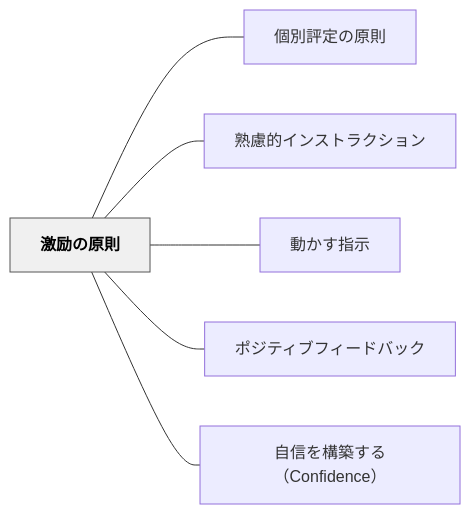
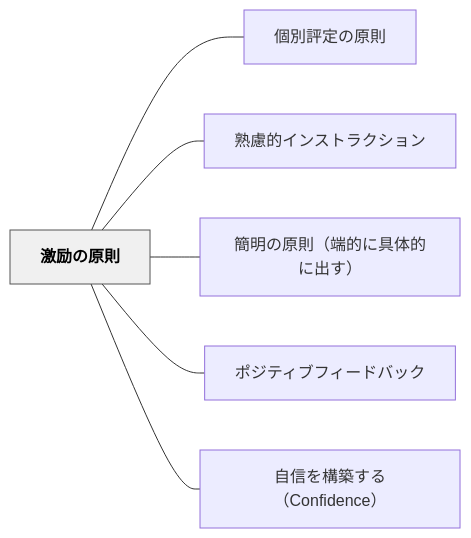
One commit to unknownthings-ed-patterns/unknownthings-ed-patterns changed the diagram in content/パタン/激励の原則.md. Above: the diagram before and after it, drawn with Mermaid. The commit also changed other lines of this file and 41 other files, not shown here.

````diff
--- a/content/パタン/激励の原則.md
+++ b/content/パタン/激励の原則.md
@@ -37,18 +37,18 @@
 ```mermaid
 flowchart LR
     ne6bf80e58ab1e381aee58e9fe58987["激励の原則"]
     ne5808be588a5e8a995e5ae9ae381aee58e9fe58987["個別評定の原則"]
     ne7869fe685aee79a84e382a4e383b3e382b9e38388e383a9e382afe382b7e383a7e383b3["熟慮的インストラクション"]
-    ne58b95e3818be38199e68c87e7a4ba["動かす指示"]
+    ne7b0a1e6988ee381aee58e9fe58987efbc88e7abafe79a84e381abe585b7e4bd93e79a84e381abe587bae38199efbc89["簡明の原則（端的に具体的に出す）"]
     ne3839de382b8e38386e382a3e38396e38395e382a3e383bce38389e38390e38383e382af["ポジティブフィードバック"]
     ne887aae4bfa1e38292e6a78be7af89e38199e3828befbc88436f6e666964656e6365efbc89["自信を構築する（Confidence）"]
 
     ne6bf80e58ab1e381aee58e9fe58987 --- ne5808be588a5e8a995e5ae9ae381aee58e9fe58987
     ne6bf80e58ab1e381aee58e9fe58987 --- ne7869fe685aee79a84e382a4e383b3e382b9e38388e383a9e382afe382b7e383a7e383b3
-    ne6bf80e58ab1e381aee58e9fe58987 --- ne58b95e3818be38199e68c87e7a4ba
+    ne6bf80e58ab1e381aee58e9fe58987 --- ne7b0a1e6988ee381aee58e9fe58987efbc88e7abafe79a84e381abe585b7e4bd93e79a84e381abe587bae38199efbc89
     ne6bf80e58ab1e381aee58e9fe58987 --- ne3839de382b8e38386e382a3e38396e38395e382a3e383bce38389e38390e38383e382af
     ne6bf80e58ab1e381aee58e9fe58987 --- ne887aae4bfa1e38292e6a78be7af89e38199e3828befbc88436f6e666964656e6365efbc89
 
     classDef hub fill:#f0f0f0,stroke:#555,color:#000,font-weight:bold
     class ne6bf80e58ab1e381aee58e9fe58987 hub
 ```
````
